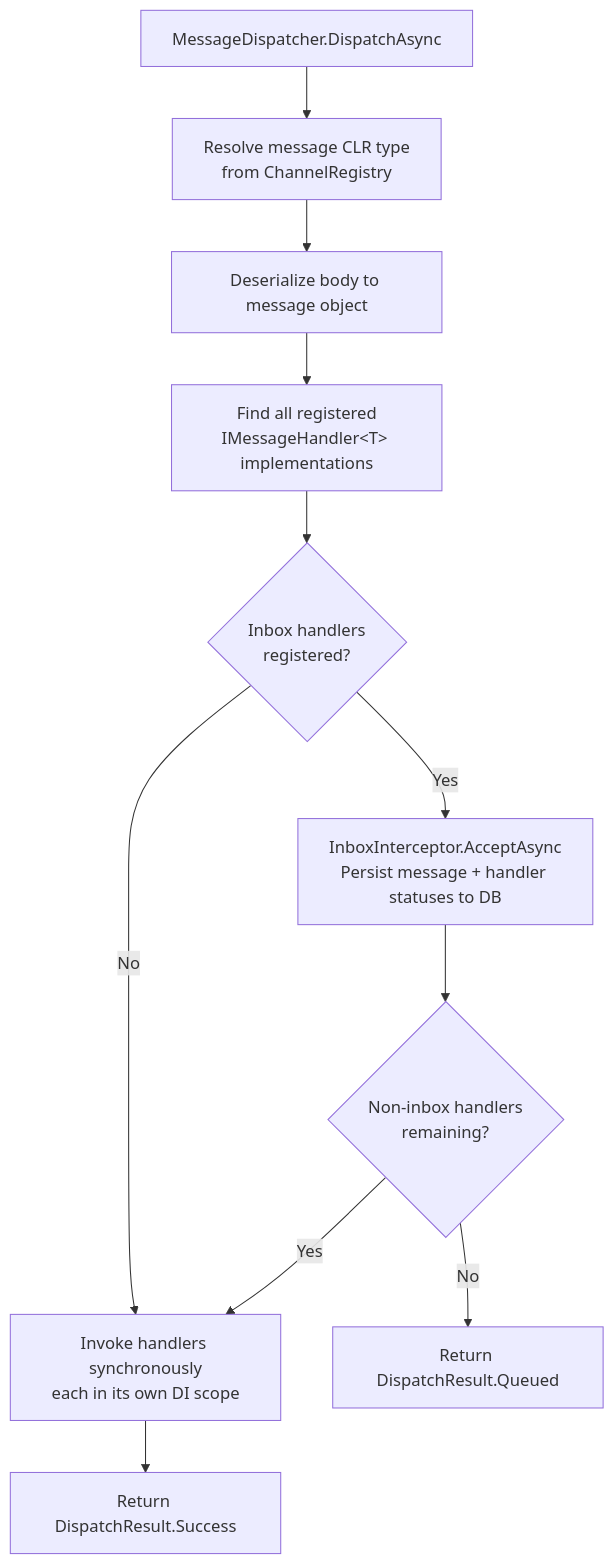
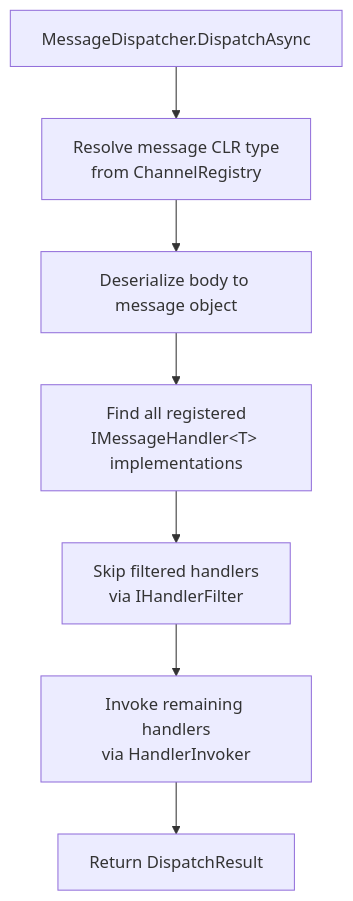
One commit to saithis/Ratatoskr changed the seventh of 9 diagrams in docs/architecture.md. Above: the diagram before and after it, drawn with Mermaid. The commit also changed other lines of this file and 33 other files, not shown here.

````diff
--- a/docs/architecture.md
+++ b/docs/architecture.md
@@ -244,16 +256,9 @@
 ```mermaid
 flowchart TD
     D[MessageDispatcher.DispatchAsync] --> Resolve[Resolve message CLR type<br/>from ChannelRegistry]
     Resolve --> Deserialize[Deserialize body to message object]
     Deserialize --> FindHandlers[Find all registered<br/>IMessageHandler&lt;T&gt; implementations]
-    FindHandlers --> HasInbox{Inbox handlers<br/>registered?}
-
-    HasInbox -->|Yes| Intercept[InboxInterceptor.AcceptAsync<br/>Persist message + handler statuses to DB]
-    HasInbox -->|No| InvokeAll
-
-    Intercept --> HasFireForget{Non-inbox handlers<br/>remaining?}
-    HasFireForget -->|Yes| InvokeAll[Invoke handlers synchronously<br/>each in its own DI scope]
-    HasFireForget -->|No| ReturnQueued[Return DispatchResult.Queued]
-
-    InvokeAll --> ReturnSuccess[Return DispatchResult.Success]
+    FindHandlers --> SkipFiltered[Skip filtered handlers<br/>via IHandlerFilter]
+    SkipFiltered --> InvokeAll[Invoke remaining handlers<br/>via HandlerInvoker]
+    InvokeAll --> ReturnResult[Return DispatchResult]
 ```
````
